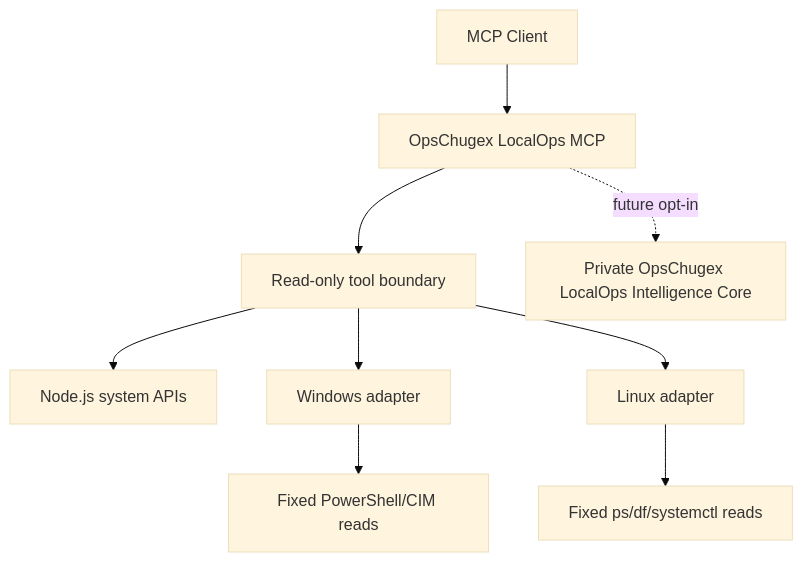
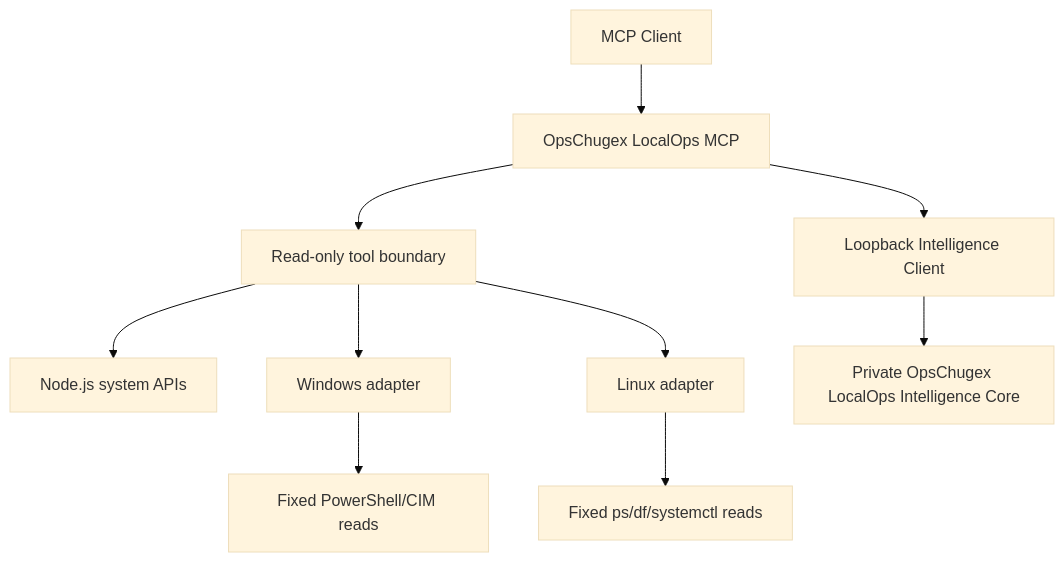
The diagram in README.md (alexcgodwin/localops-mcp), drawn with Mermaid (base theme) before and after one commit. The commit also changed other lines of this file and 10 other files, not shown here.

````diff
--- a/README.md
+++ b/README.md
@@ -113,11 +124,12 @@
 ```mermaid
 flowchart TD
     Client["MCP Client"] --> Server["OpsChugex LocalOps MCP"]
     Server --> Safe["Read-only tool boundary"]
     Safe --> Node["Node.js system APIs"]
     Safe --> Win["Windows adapter"]
     Safe --> Linux["Linux adapter"]
     Win --> PS["Fixed PowerShell/CIM reads"]
     Linux --> Proc["Fixed ps/df/systemctl reads"]
-    Server -. future opt-in .-> Core["Private OpsChugex LocalOps Intelligence Core"]
+    Server --> Client2["Loopback Intelligence Client"]
+    Client2 --> Core["Private OpsChugex LocalOps Intelligence Core"]
 ```
````
